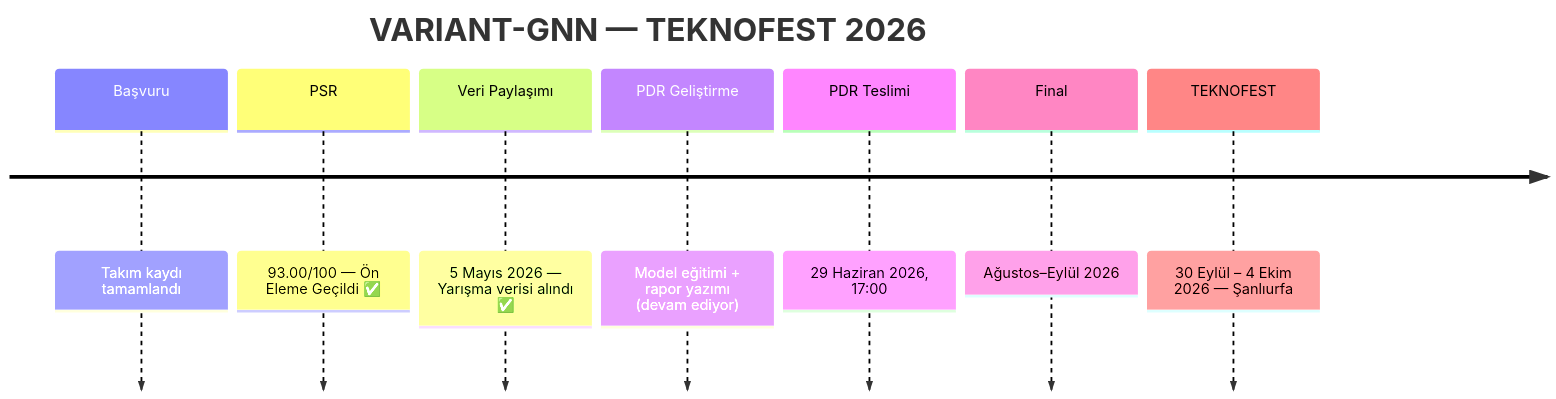
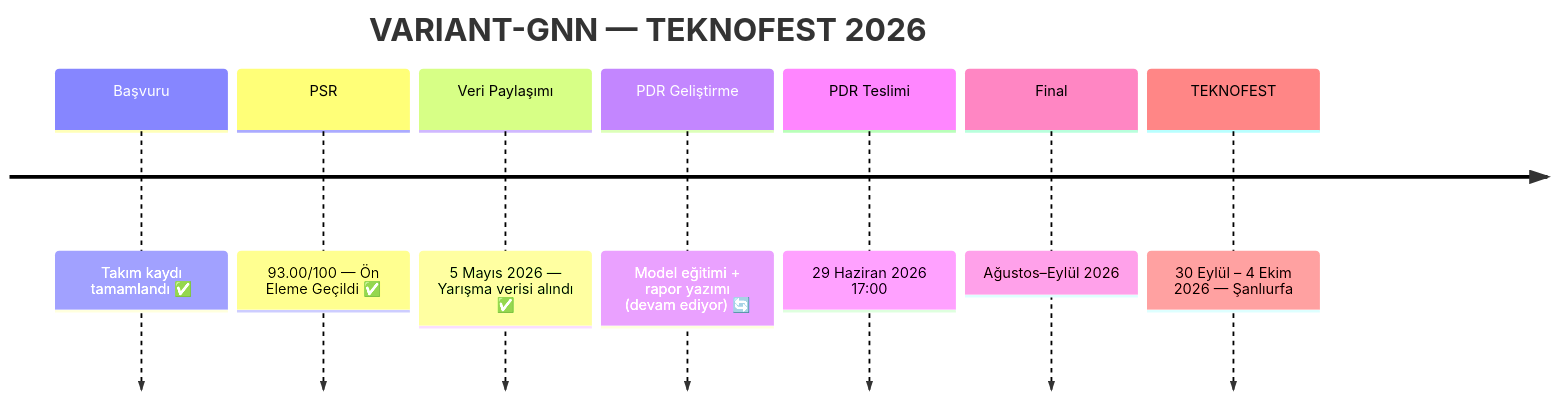
One commit to msgxr/VARIANT-GNN changed the sixth of 6 diagrams in README.md. Above: the diagram before and after it, drawn with Mermaid. The commit also changed other lines of this file, not shown here.

````diff
--- a/README.md
+++ b/README.md
@@ -217,11 +229,11 @@
 ```mermaid
 timeline
     title VARIANT-GNN — TEKNOFEST 2026
-    Başvuru : Takım kaydı tamamlandı
+    Başvuru : Takım kaydı tamamlandı ✅
     PSR : 93.00/100 — Ön Eleme Geçildi ✅
     Veri Paylaşımı : 5 Mayıs 2026 — Yarışma verisi alındı ✅
-    PDR Geliştirme : Model eğitimi + rapor yazımı (devam ediyor)
-    PDR Teslimi : 29 Haziran 2026, 17:00
+    PDR Geliştirme : Model eğitimi + rapor yazımı (devam ediyor) 🔄
+    PDR Teslimi : 29 Haziran 2026 17:00
     Final : Ağustos–Eylül 2026
     TEKNOFEST : 30 Eylül – 4 Ekim 2026 — Şanlıurfa
 ```
````
